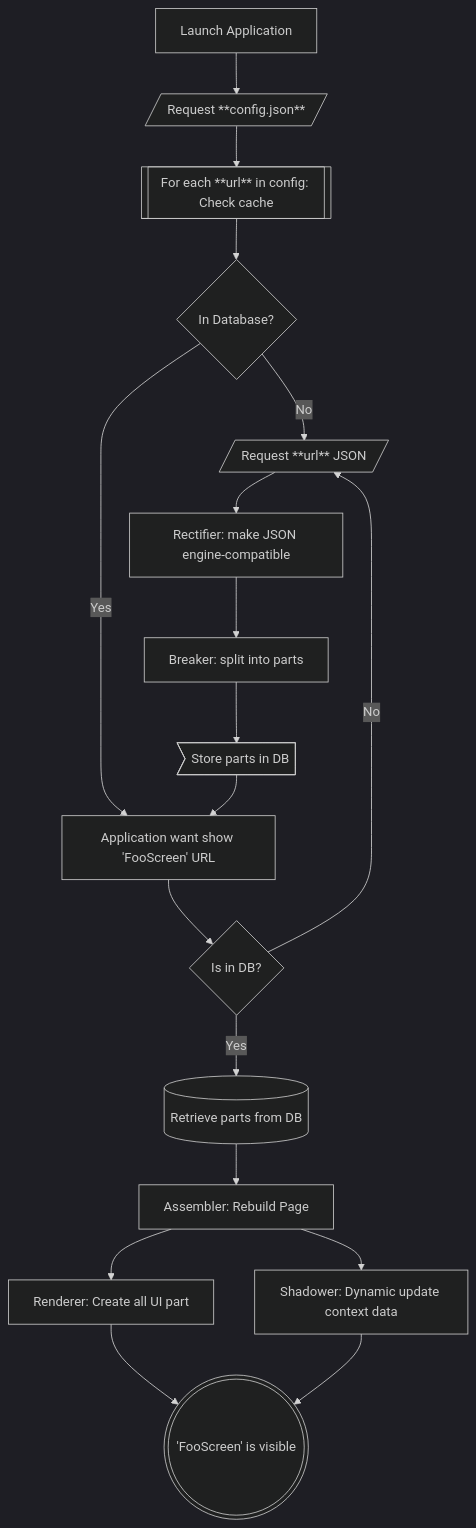
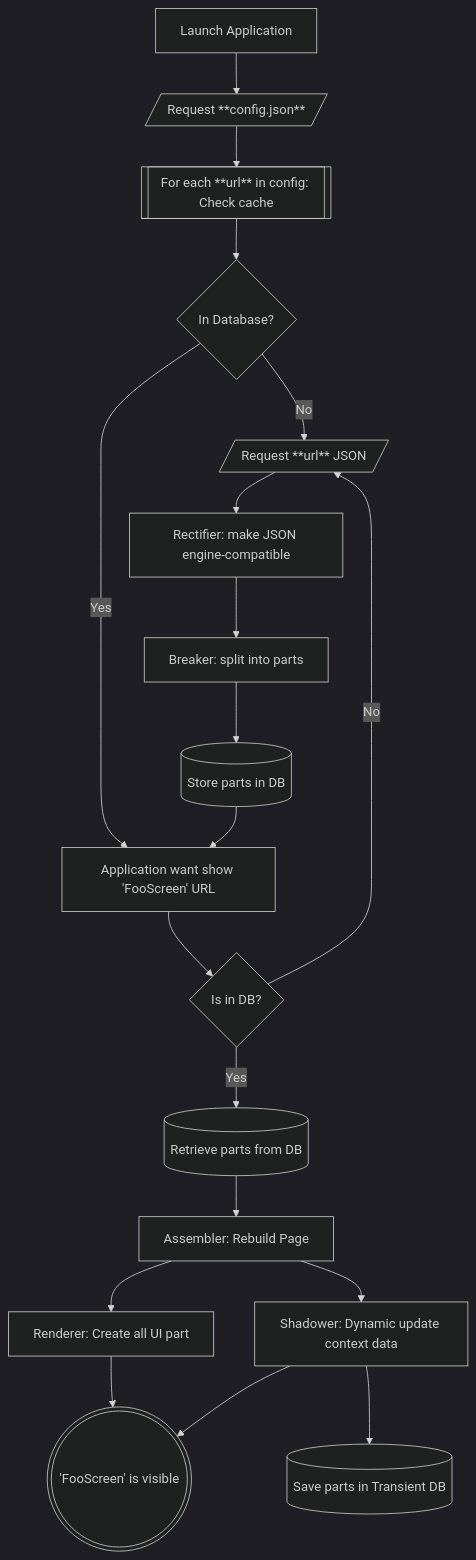
The diagram in mkdocs/docs/index.md (by-tezov/tuucho), drawn with Mermaid (dark theme) before and after one commit. The commit also changed other lines of this file and 10 other files, not shown here.

````diff
--- a/mkdocs/docs/index.md
+++ b/mkdocs/docs/index.md
@@ -59,20 +63,21 @@
 ```mermaid
 flowchart TD
   A[Launch Application] --> B[/Request **config.json**/]
   B --> C[[For each **url** in config: Check cache]]
   C --> C1{In Database?}
   C1 -- No --> D[/Request **url** JSON/]
   D --> E[Rectifier: make JSON engine-compatible]
   E --> F[Breaker: split into parts]
-  F --> G>Store parts in DB]
+  F --> G[(Store parts in DB)]
   C1 -- Yes --> H
   G --> H[Application want show 'FooScreen' URL]
   H --> H1{Is in DB?}
   H1 -- Yes --> I[(Retrieve parts from DB)]
   I --> J[Assembler: Rebuild Page]
   J --> K[Renderer: Create all UI part]
   K --> L((('FooScreen' is visible)))
   H1 -- No --> D
   J --> S[Shadower: Dynamic update context data]
+  S --> M[(Save parts in Transient DB)]
   S --> L
 ```
````
